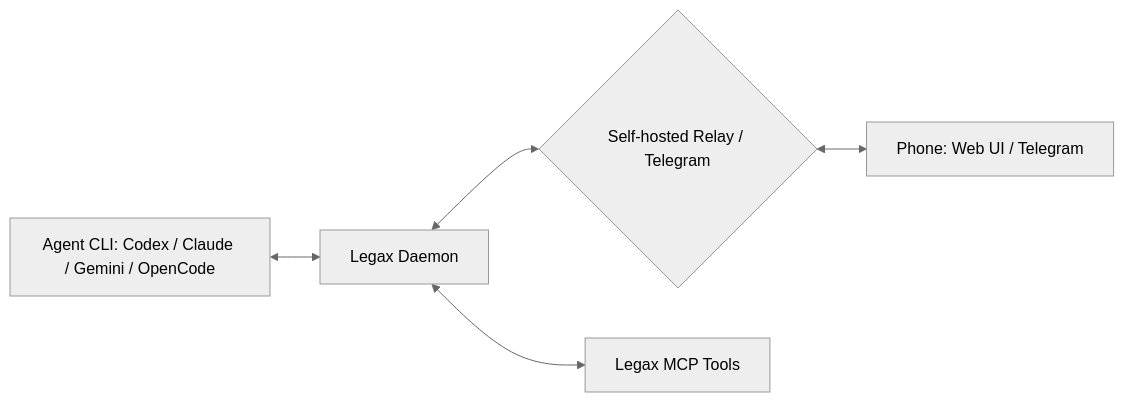
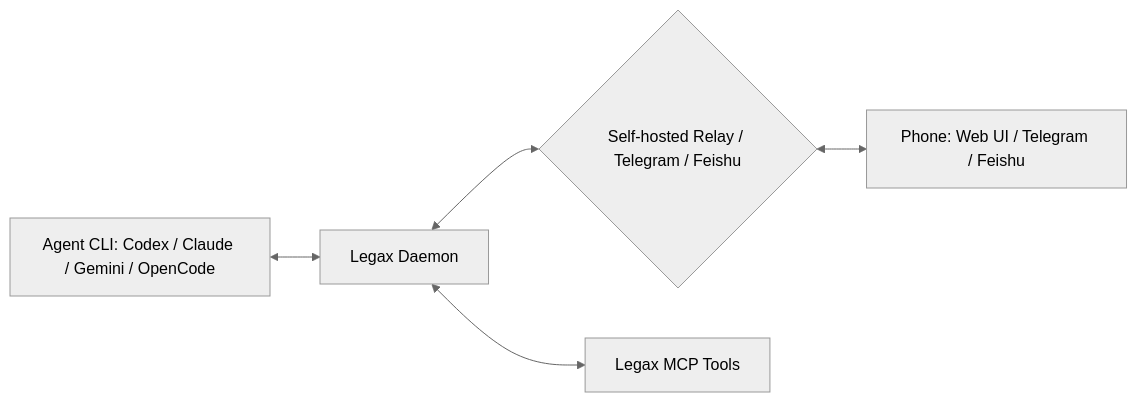
One commit to zhanex/legax changed the diagram in README.md. Above: the diagram before and after it, drawn with Mermaid (neutral theme). The commit also changed other lines of this file and 35 other files, not shown here.

````diff
--- a/README.md
+++ b/README.md
@@ -77,7 +77,7 @@
 ```mermaid
 graph LR
   A["Agent CLI: Codex / Claude / Gemini / OpenCode"] <--> B["Legax Daemon"]
-  B <--> C{"Self-hosted Relay / Telegram"}
-  C <--> D["Phone: Web UI / Telegram"]
+  B <--> C{"Self-hosted Relay / Telegram / Feishu"}
+  C <--> D["Phone: Web UI / Telegram / Feishu"]
   B <--> E["Legax MCP Tools"]
 ```
````
